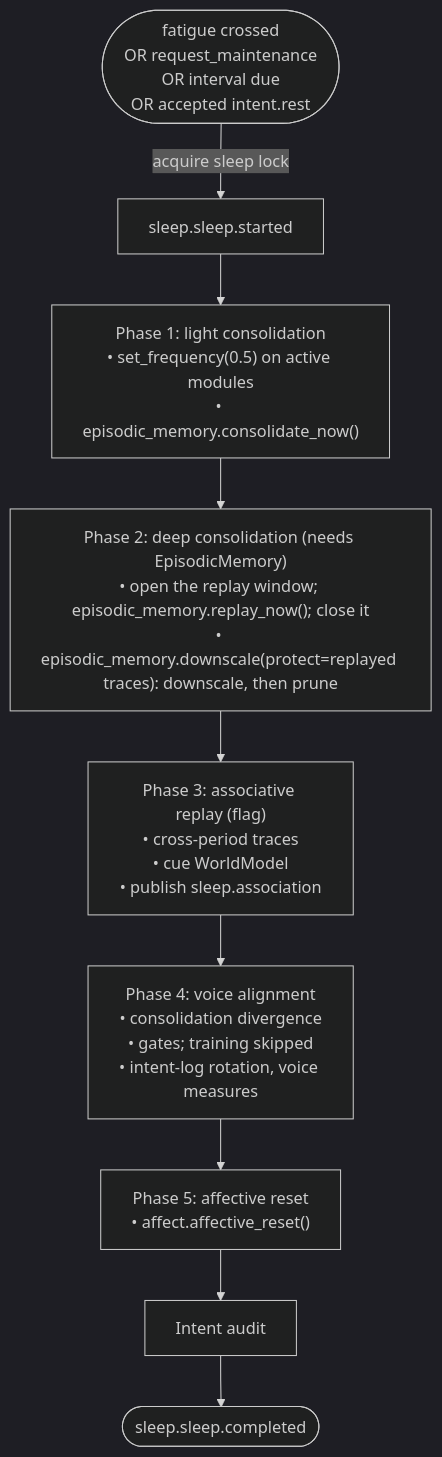
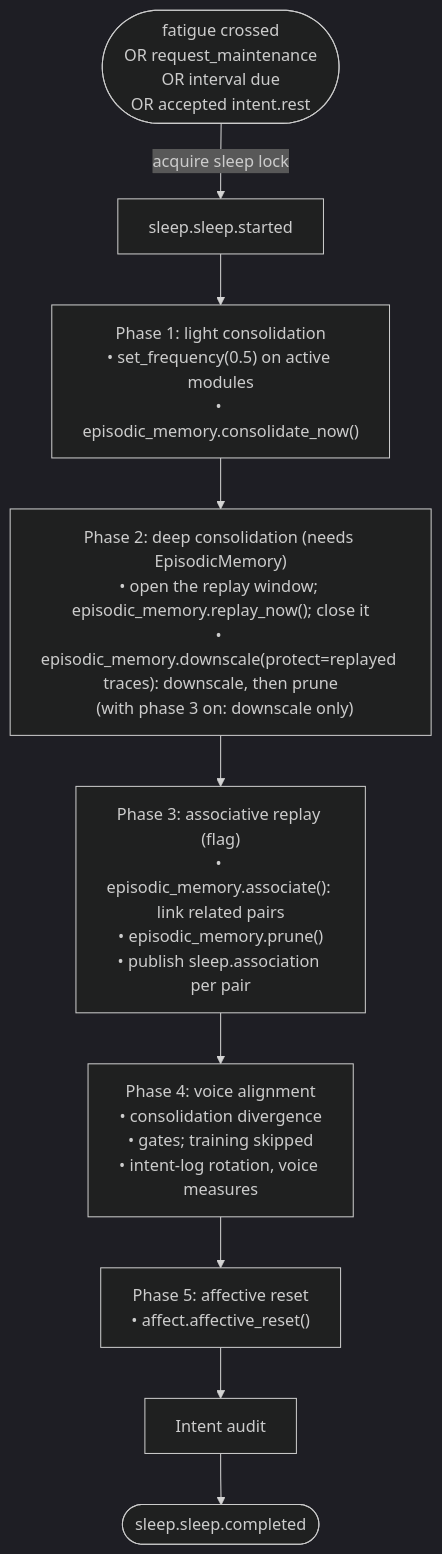
One commit to kaineone/kaine changed the diagram in docs/09-modules/sleep.md. Above: the diagram before and after it, drawn with Mermaid (dark theme). The commit also changed other lines of this file and 17 other files, not shown here.

First line of the commit message:
sleep-associative-links: links and schema nodes in the episodic core, module and boot wiring, summary counts, docs

````diff
--- a/docs/09-modules/sleep.md
+++ b/docs/09-modules/sleep.md
@@ -46,16 +46,16 @@
 ```mermaid
 flowchart TD
     S([fatigue crossed\nOR request_maintenance\nOR interval due\nOR accepted intent.rest]) -->|acquire sleep lock| ST[sleep.sleep.started]
     ST --> P1
     P1["Phase 1: light consolidation\n• set_frequency(0.5) on active modules\n• episodic_memory.consolidate_now()"]
     P1 --> P2
-    P2["Phase 2: deep consolidation (needs EpisodicMemory)\n• open the replay window; episodic_memory.replay_now(); close it\n• episodic_memory.downscale(protect=replayed traces): downscale, then prune"]
+    P2["Phase 2: deep consolidation (needs EpisodicMemory)\n• open the replay window; episodic_memory.replay_now(); close it\n• episodic_memory.downscale(protect=replayed traces): downscale, then prune\n  (with phase 3 on: downscale only)"]
     P2 --> P3
-    P3["Phase 3: associative replay (flag)\n• cross-period traces\n• cue WorldModel\n• publish sleep.association"]
+    P3["Phase 3: associative replay (flag)\n• episodic_memory.associate(): link related pairs\n• episodic_memory.prune()\n• publish sleep.association per pair"]
     P3 --> P4
     P4["Phase 4: voice alignment\n• consolidation divergence\n• gates; training skipped\n• intent-log rotation, voice measures"]
     P4 --> P5
     P5["Phase 5: affective reset\n• affect.affective_reset()"]
     P5 --> R[Intent audit]
     R --> E([sleep.sleep.completed])
 ```
````
